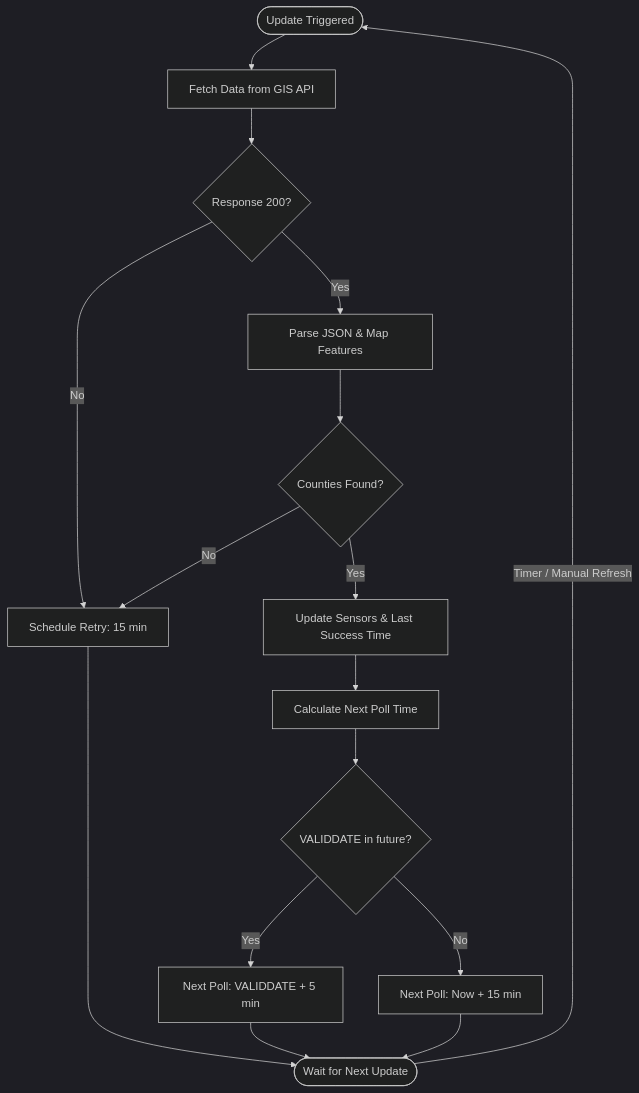
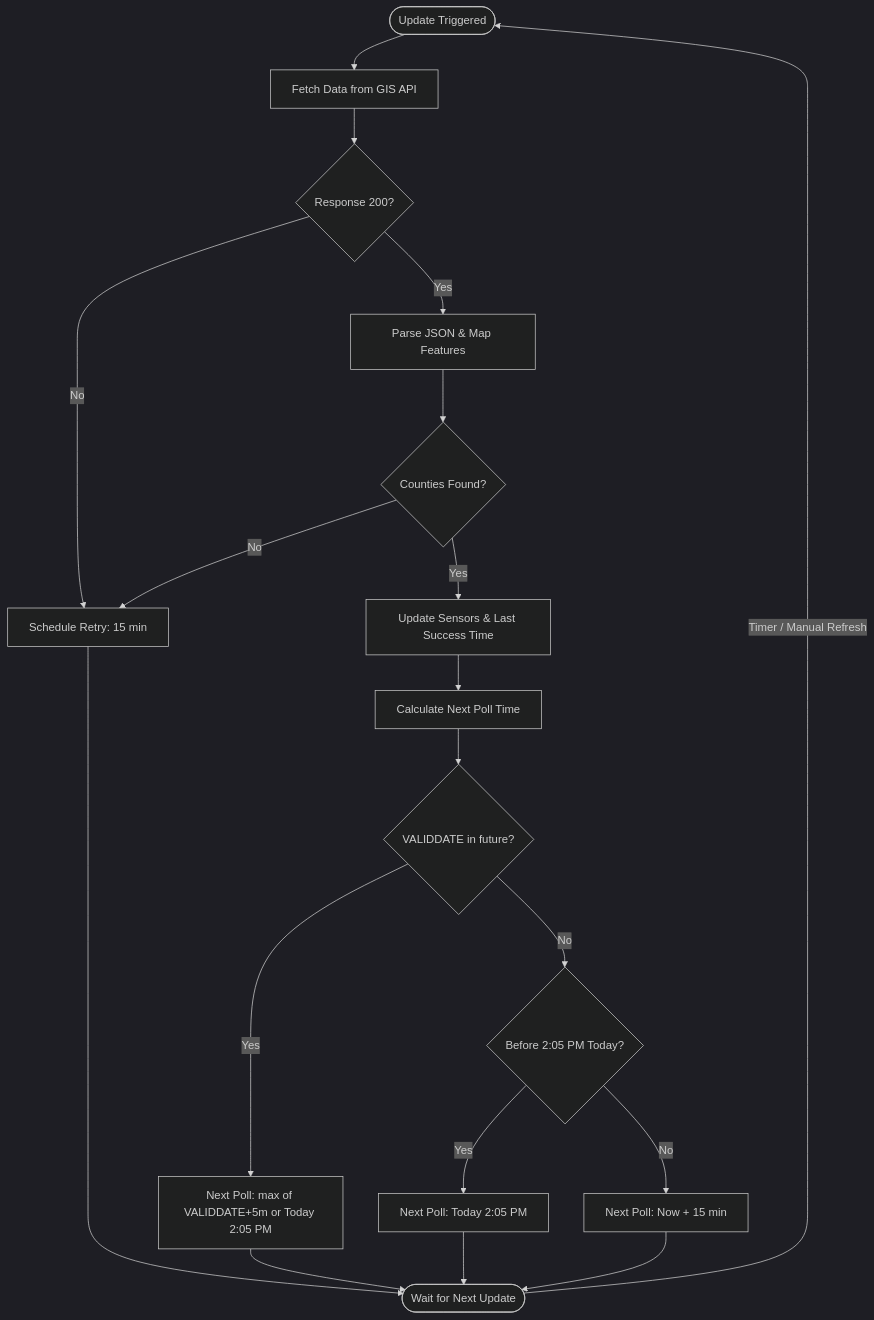
One commit to travipross/new-brunswick-burn-ban-status changed the diagram in README.md. Above: the diagram before and after it, drawn with Mermaid (dark theme). The commit also changed other lines of this file and 3 other files, not shown here.

````diff
--- a/README.md
+++ b/README.md
@@ -21,24 +21,28 @@
 ```mermaid
 flowchart TD
     Trigger([Update Triggered]) --> Fetch[Fetch Data from GIS API]
     Fetch --> Response{Response 200?}
     
     Response -- No --> Error[Schedule Retry: 15 min]
     Response -- Yes --> Parse[Parse JSON & Map Features]
     
     Parse --> DataValid{Counties Found?}
     DataValid -- No --> Error
     DataValid -- Yes --> Update[Update Sensors & Last Success Time]
     
     Update --> Calc[Calculate Next Poll Time]
     Calc --> Future{VALIDDATE in future?}
     
-    Future -- Yes --> Normal[Next Poll: VALIDDATE + 5 min]
-    Future -- No --> Stale[Next Poll: Now + 15 min]
+    Future -- Yes --> Normal[Next Poll: max of VALIDDATE+5m or Today 2:05 PM]
+    Future -- No --> Stale{Before 2:05 PM Today?}
+    
+    Stale -- Yes --> WaitBoundary[Next Poll: Today 2:05 PM]
+    Stale -- No --> WaitRetry[Next Poll: Now + 15 min]
     
     Error --> Wait([Wait for Next Update])
     Normal --> Wait
-    Stale --> Wait
+    WaitBoundary --> Wait
+    WaitRetry --> Wait
     
     Wait -- Timer / Manual Refresh --> Trigger
 ```
````
